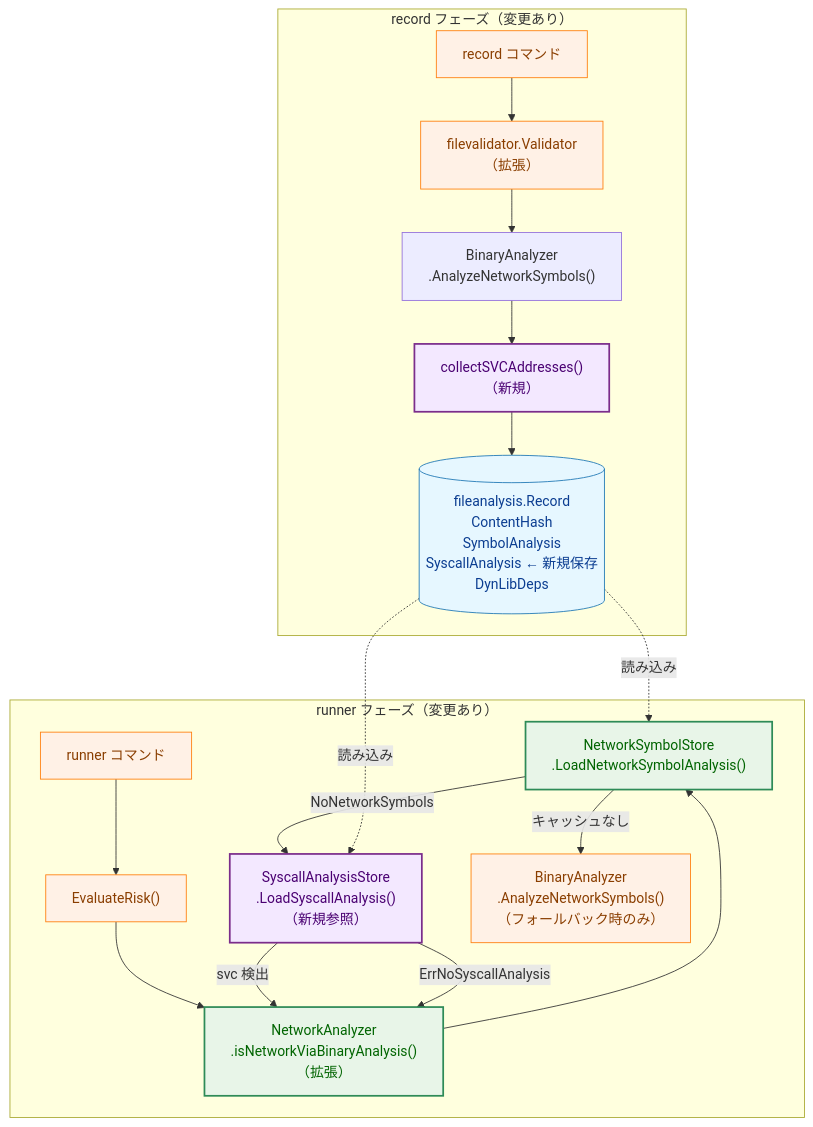
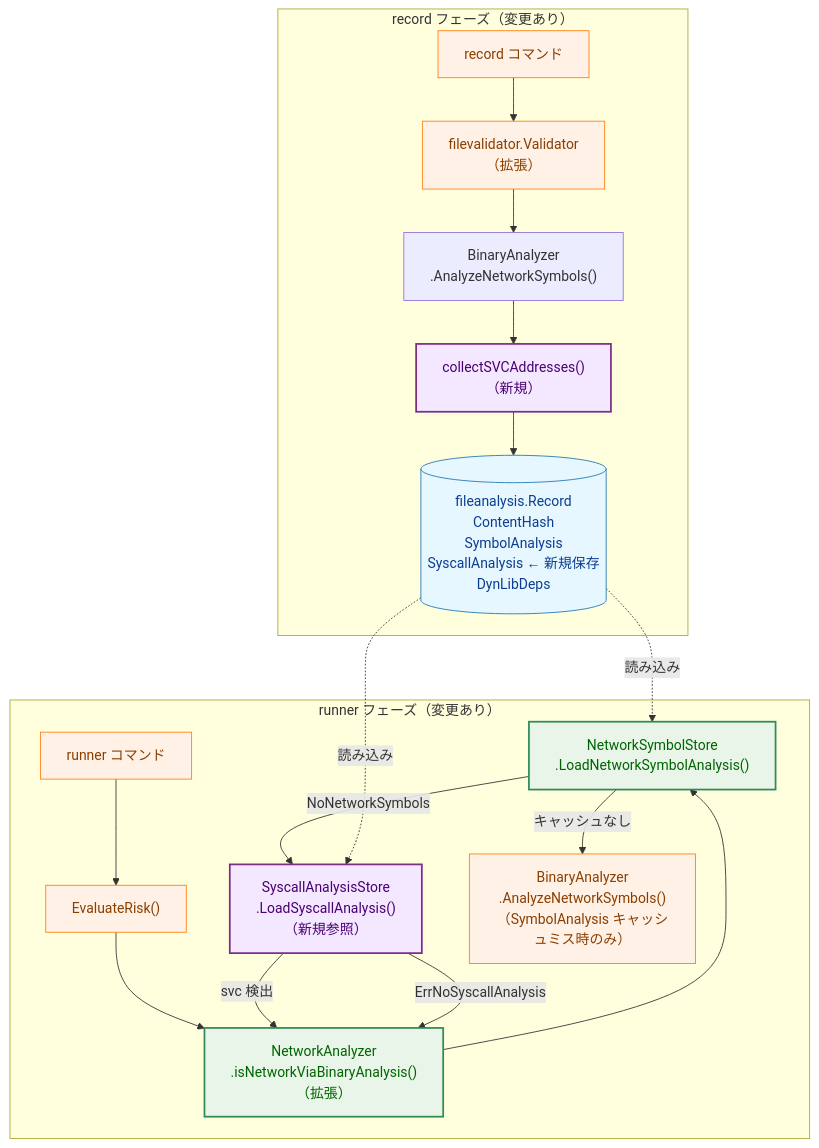
Before and after one commit to isseis/go-safe-cmd-runner: the first of 8 diagrams in docs/tasks/0097_macho_arm64_syscall_analysis/02_architecture.md, drawn with Mermaid. The commit also changed other lines of this file and 3 other files, not shown here.

First line of the commit message:
docs(0097): Require deletion of SVC-path live analysis fallback code

````diff
--- a/docs/tasks/0097_macho_arm64_syscall_analysis/02_architecture.md
+++ b/docs/tasks/0097_macho_arm64_syscall_analysis/02_architecture.md
@@ -28,45 +28,45 @@
 ```mermaid
 flowchart TB
     classDef data fill:#e6f7ff,stroke:#1f77b4,stroke-width:1px,color:#0b3d91;
     classDef process fill:#fff1e6,stroke:#ff7f0e,stroke-width:1px,color:#8a3e00;
     classDef enhanced fill:#e8f5e8,stroke:#2e8b57,stroke-width:2px,color:#006400;
     classDef new fill:#f3e8ff,stroke:#7b2d8b,stroke-width:2px,color:#4a0072;
 
     subgraph RecordPhase["record フェーズ（変更あり）"]
         REC["record コマンド"]
         FV["filevalidator.Validator<br>（拡張）"]
         BA["BinaryAnalyzer<br>.AnalyzeNetworkSymbols()"]
         SVC["collectSVCAddresses()<br>（新規）"]
         STORE[("fileanalysis.Record<br>ContentHash<br>SymbolAnalysis<br>SyscallAnalysis ← 新規保存<br>DynLibDeps")]
     end
 
     subgraph RunnerPhase["runner フェーズ（変更あり）"]
         RUN["runner コマンド"]
         EVAL["EvaluateRisk()"]
         NA["NetworkAnalyzer<br>.isNetworkViaBinaryAnalysis()<br>（拡張）"]
         SYMCACHE["NetworkSymbolStore<br>.LoadNetworkSymbolAnalysis()"]
         SVCCACHE["SyscallAnalysisStore<br>.LoadSyscallAnalysis()<br>（新規参照）"]
-        FALLBACK["BinaryAnalyzer<br>.AnalyzeNetworkSymbols()<br>（フォールバック時のみ）"]
+        FALLBACK["BinaryAnalyzer<br>.AnalyzeNetworkSymbols()<br>（SymbolAnalysis キャッシュミス時のみ）"]
     end
 
     REC --> FV
     FV --> BA
     BA --> SVC
     SVC --> STORE
 
     RUN --> EVAL
     EVAL --> NA
     NA --> SYMCACHE
     SYMCACHE -->|"NoNetworkSymbols"| SVCCACHE
     SYMCACHE -->|"キャッシュなし"| FALLBACK
     SVCCACHE -->|"svc 検出"| NA
     SVCCACHE -->|"ErrNoSyscallAnalysis"| NA
 
     STORE -.->|"読み込み"| SYMCACHE
     STORE -.->|"読み込み"| SVCCACHE
 
     class STORE data;
     class REC,FV,RUN,EVAL,FALLBACK process;
     class NA,SYMCACHE enhanced;
     class SVC,SVCCACHE new;
 ```
````
